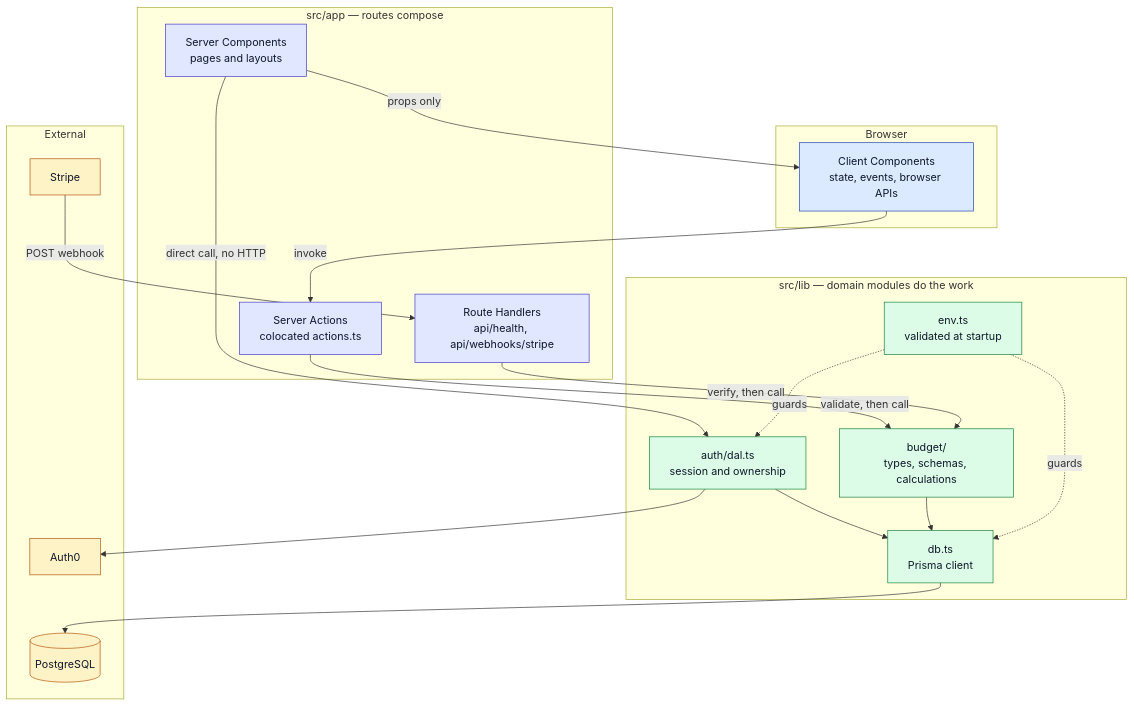
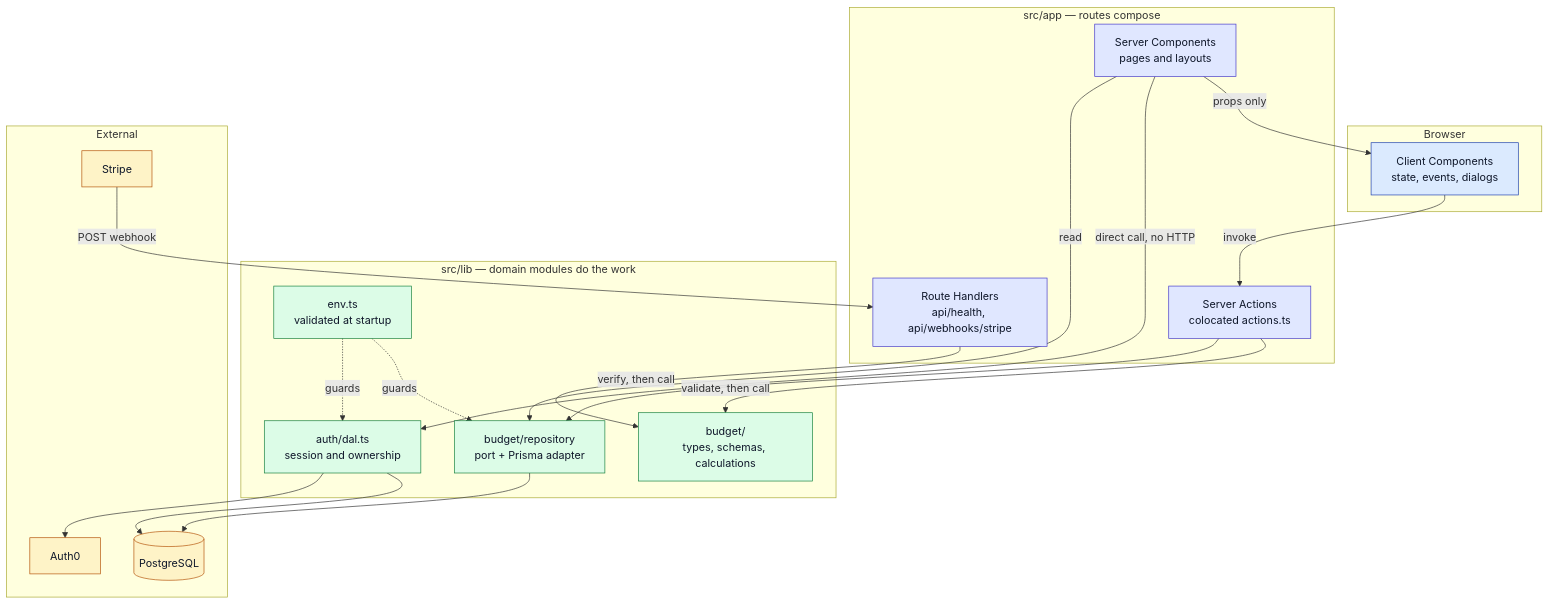
One commit to tylernpc/BudgitUrself changed the first of 2 diagrams in README.md. Above: the diagram before and after it, drawn with Mermaid. The commit also changed other lines of this file and 6 other files, not shown here.

````diff
--- a/README.md
+++ b/README.md
@@ -57,48 +147,49 @@
 ```mermaid
 flowchart TD
     subgraph browser["Browser"]
-        CC["Client Components<br/>state, events, browser APIs"]
+        CC["Client Components<br/>state, events, dialogs"]
     end
 
     subgraph routes["src/app — routes compose"]
         RSC["Server Components<br/>pages and layouts"]
         RH["Route Handlers<br/>api/health, api/webhooks/stripe"]
         SA["Server Actions<br/>colocated actions.ts"]
     end
 
     subgraph domain["src/lib — domain modules do the work"]
         DAL["auth/dal.ts<br/>session and ownership"]
         BUD["budget/<br/>types, schemas, calculations"]
-        DB["db.ts<br/>Prisma client"]
+        REPO["budget/repository<br/>port + Prisma adapter"]
         ENV["env.ts<br/>validated at startup"]
     end
 
     subgraph external["External"]
         A0["Auth0"]
         PG[("PostgreSQL")]
         STRIPE["Stripe"]
     end
 
     RSC -->|"props only"| CC
     CC -->|"invoke"| SA
     RSC -->|"direct call, no HTTP"| DAL
+    RSC -->|"read"| REPO
     SA -->|"validate, then call"| BUD
+    SA --> REPO
     RH -->|"verify, then call"| BUD
-    DAL --> DB
-    BUD --> DB
+    DAL --> PG
+    REPO --> PG
     DAL --> A0
-    DB --> PG
     STRIPE -->|"POST webhook"| RH
-    ENV -.->|"guards"| DB
+    ENV -.->|"guards"| REPO
     ENV -.->|"guards"| DAL
 
     classDef browserBox fill:#dbeafe,stroke:#1e40af,color:#0f172a
     classDef routeBox fill:#e0e7ff,stroke:#4338ca,color:#0f172a
     classDef domainBox fill:#dcfce7,stroke:#15803d,color:#0f172a
     classDef externalBox fill:#fef3c7,stroke:#b45309,color:#0f172a
 
     class CC browserBox
     class RSC,RH,SA routeBox
-    class DAL,BUD,DB,ENV domainBox
+    class DAL,BUD,REPO,ENV domainBox
     class A0,PG,STRIPE externalBox
 ```
````
